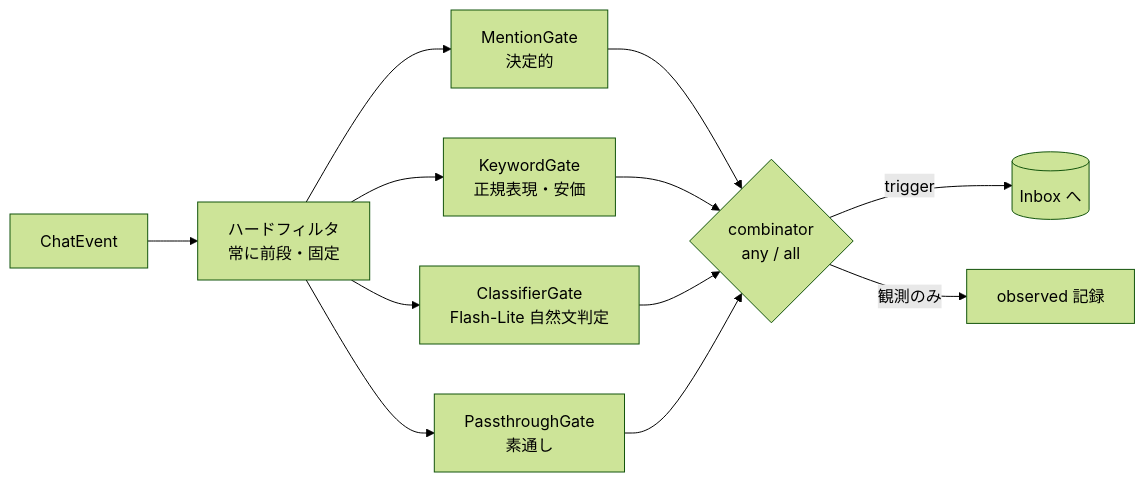
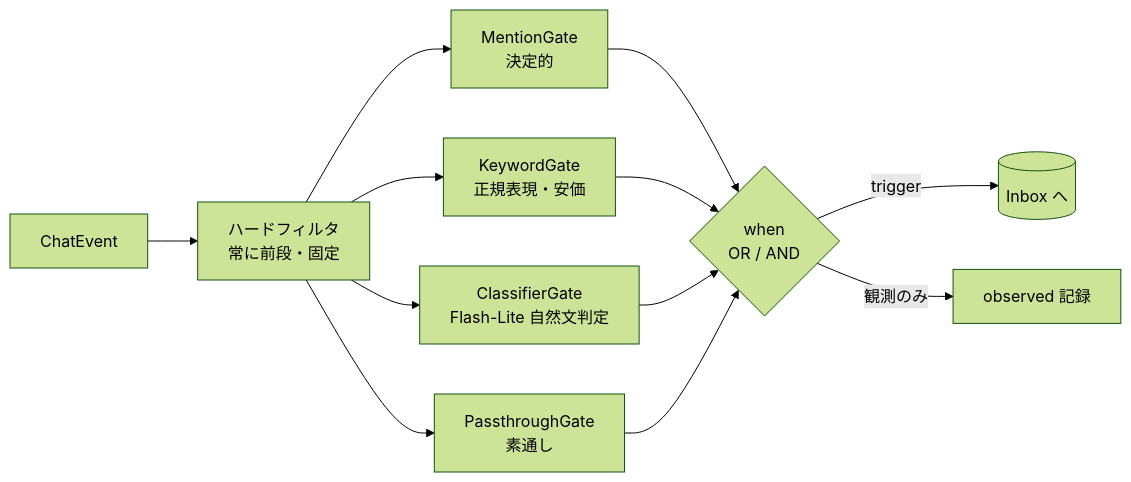
Before and after one commit to pokutuna/pi-chat-runner: the third of 5 diagrams in docs/design/components.md, drawn with Mermaid (forest theme). The commit also changed other lines of this file and 3 other files, not shown here.

````diff
--- a/docs/design/components.md
+++ b/docs/design/components.md
@@ -146,11 +146,11 @@
 ```mermaid
 flowchart LR
     E[ChatEvent] --> HF[ハードフィルタ<br/>常に前段・固定]
     HF --> M[MentionGate<br/>決定的]
     HF --> K[KeywordGate<br/>正規表現・安価]
     HF --> L[ClassifierGate<br/>Flash-Lite 自然文判定]
     HF --> PS[PassthroughGate<br/>素通し]
-    M & K & L & PS --> D{combinator<br/>any / all}
+    M & K & L & PS --> D{when<br/>OR / AND}
     D -->|trigger| IB[(Inbox へ)]
     D -->|観測のみ| O[observed 記録]
 ```
````
